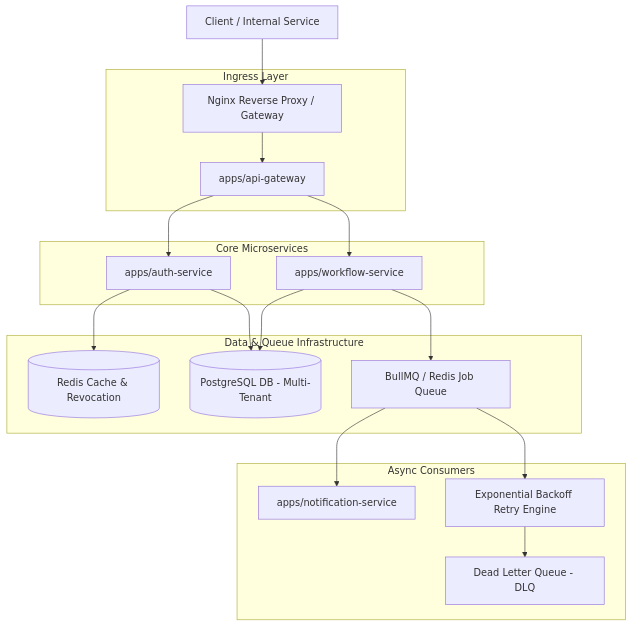
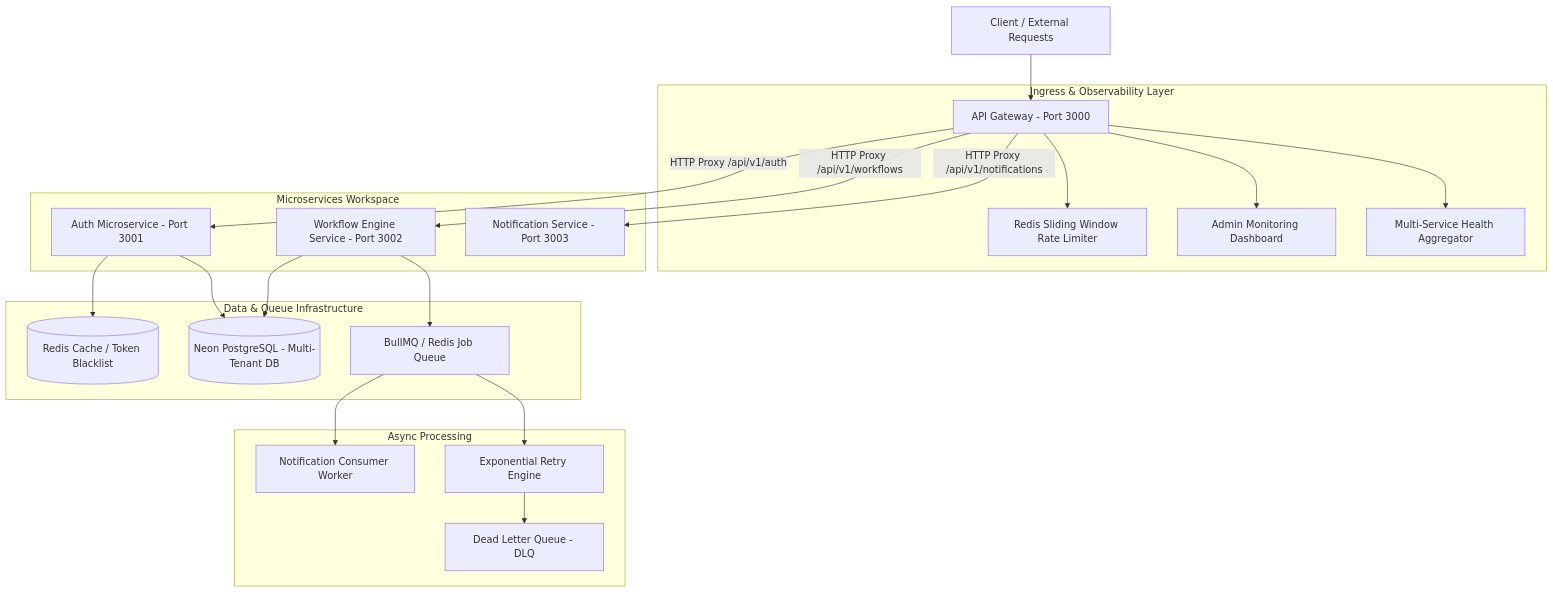
Before and after one commit to NabarupDev/ForgeGate: the diagram in README.md, drawn with Mermaid. The commit also changed other lines of this file, not shown here.

````diff
--- a/README.md
+++ b/README.md
@@ -38,26 +9,29 @@
 ```mermaid
 flowchart TD
-    Client[Client / Internal Service] --> Nginx[Nginx Reverse Proxy / Gateway]
-    
-    subgraph Ingress Layer
-        Nginx --> Gateway[apps/api-gateway]
+    Client[Client / External Requests] --> Gateway[API Gateway - Port 3000]
+
+    subgraph Ingress & Observability Layer
+        Gateway --> RateLimiter[Redis Sliding Window Rate Limiter]
+        Gateway --> Dashboard[Admin Monitoring Dashboard]
+        Gateway --> HealthCheck[Multi-Service Health Aggregator]
     end
 
-    subgraph Core Microservices
-        Gateway --> AuthService[apps/auth-service]
-        Gateway --> WorkflowEngine[apps/workflow-service]
+    subgraph Microservices Workspace
+        Gateway -->|HTTP Proxy /api/v1/auth| AuthService[Auth Microservice - Port 3001]
+        Gateway -->|HTTP Proxy /api/v1/workflows| WorkflowEngine[Workflow Engine Service - Port 3002]
+        Gateway -->|HTTP Proxy /api/v1/notifications| NotificationService[Notification Service - Port 3003]
     end
 
     subgraph Data & Queue Infrastructure
-        AuthService --> Redis[(Redis Cache & Revocation)]
-        AuthService --> Postgres[(PostgreSQL DB - Multi-Tenant)]
+        AuthService --> Redis[(Redis Cache / Token Blacklist)]
+        AuthService --> Postgres[(Neon PostgreSQL - Multi-Tenant DB)]
         WorkflowEngine --> Postgres
         WorkflowEngine --> Queue[BullMQ / Redis Job Queue]
     end
 
-    subgraph Async Consumers
-        Queue --> NotificationWorker[apps/notification-service]
-        Queue --> RetryEngine[Exponential Backoff Retry Engine]
+    subgraph Async Processing
+        Queue --> NotificationWorker[Notification Consumer Worker]
+        Queue --> RetryEngine[Exponential Retry Engine]
         RetryEngine --> DLQ[Dead Letter Queue - DLQ]
     end
 ```
````
